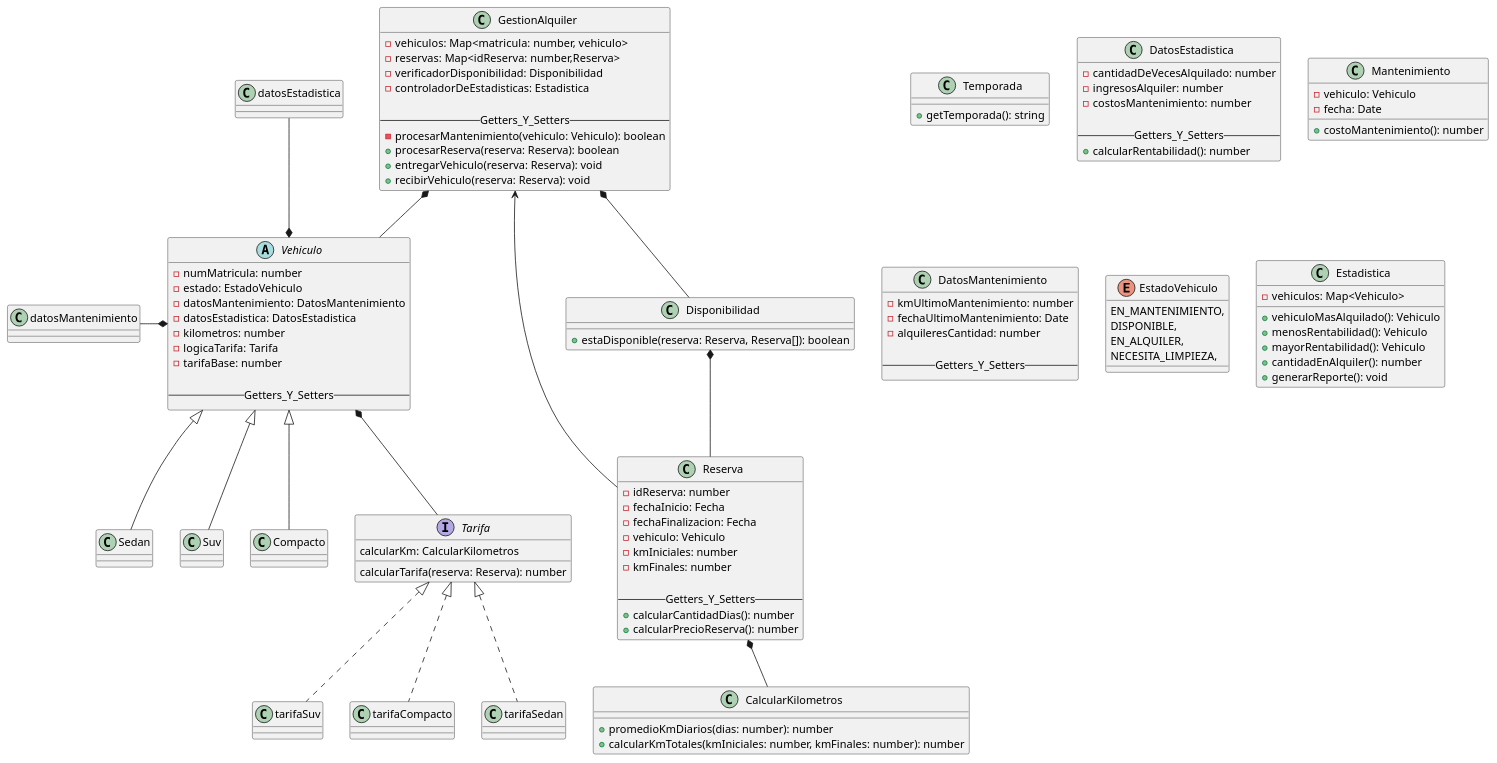
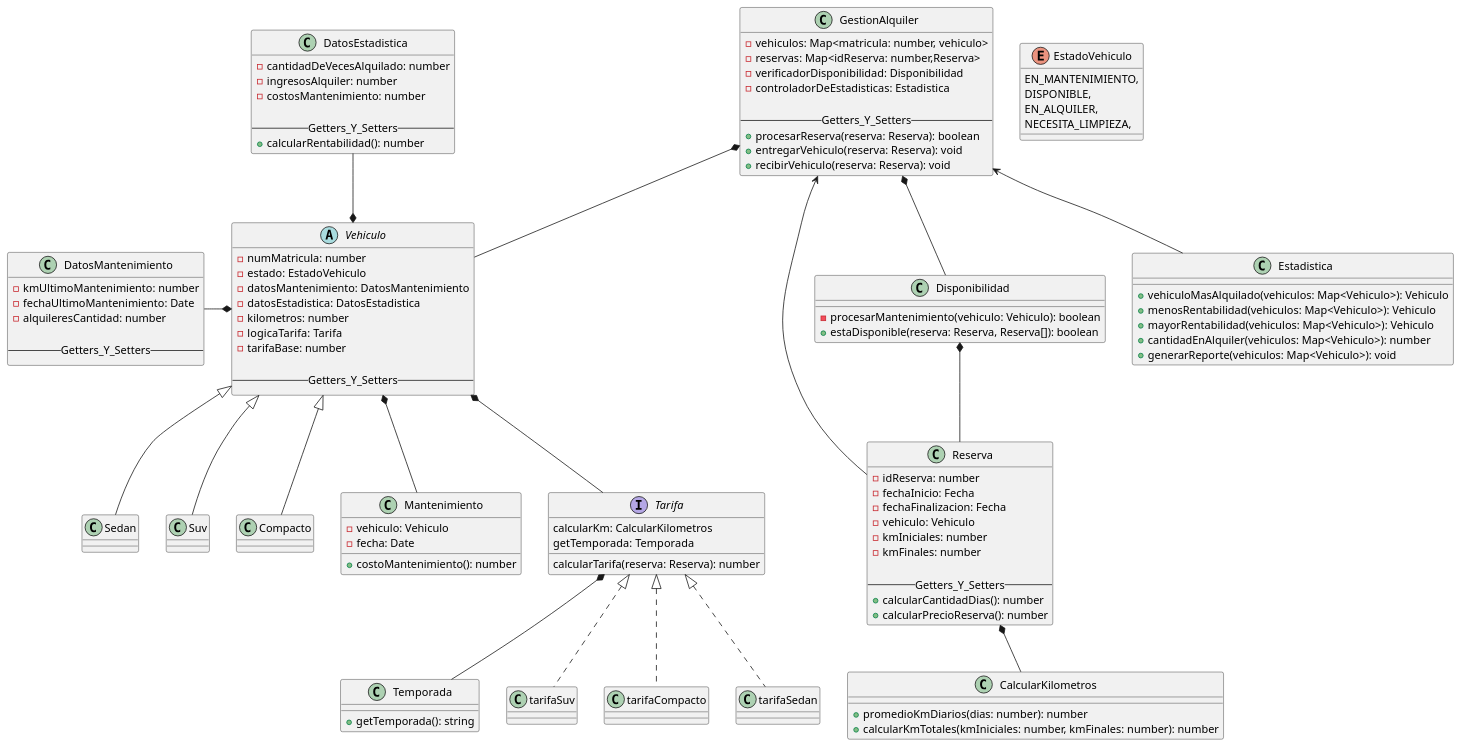
Before and after one commit to Nash-Blip/Programaci-n-II: the diagram in diagrama/DiagramaDeClases_enu2.puml, drawn with PlantUML.

```diff
--- a/diagrama/DiagramaDeClases_enu2.puml
+++ b/diagrama/DiagramaDeClases_enu2.puml
@@ -1,120 +1,123 @@
 @startuml name prototipoTP
 
 abstract class Vehiculo{
     - numMatricula: number
     - estado: EstadoVehiculo
     - datosMantenimiento: DatosMantenimiento
     - datosEstadistica: DatosEstadistica
     - kilometros: number
     - logicaTarifa: Tarifa
     - tarifaBase: number
 
     --Getters_Y_Setters--
 }
 
 class Sedan extends Vehiculo{}
 class Suv extends Vehiculo{}
 class Compacto extends Vehiculo{}
 
 class Temporada{
     +getTemporada(): string
 }
 
 class DatosEstadistica{
     -cantidadDeVecesAlquilado: number
     -ingresosAlquiler: number
     -costosMantenimiento: number
 
     --Getters_Y_Setters--
     +calcularRentabilidad(): number
 }
 
 class Mantenimiento{
     -vehiculo: Vehiculo
     -fecha: Date
 
     +costoMantenimiento(): number
 }
 
 class DatosMantenimiento{
     -kmUltimoMantenimiento: number
     -fechaUltimoMantenimiento: Date 
     -alquileresCantidad: number
 
     --Getters_Y_Setters--
 }
 
 interface Tarifa{
     calcularKm: CalcularKilometros
     calcularTarifa(reserva: Reserva): number
+    getTemporada: Temporada
 }
 
 class tarifaSuv implements Tarifa{}
 
 class tarifaCompacto implements Tarifa{}
 
 class tarifaSedan implements Tarifa{}
 
 class Reserva{
     -idReserva: number
     -fechaInicio: Fecha
     -fechaFinalizacion: Fecha
     -vehiculo: Vehiculo
     -kmIniciales: number
     -kmFinales: number
 
     --Getters_Y_Setters--
     +calcularCantidadDias(): number
     +calcularPrecioReserva(): number
 }
 
 class CalcularKilometros{
     +promedioKmDiarios(dias: number): number
     +calcularKmTotales(kmIniciales: number, kmFinales: number): number
 }
 
 enum EstadoVehiculo{
     EN_MANTENIMIENTO,
     DISPONIBLE,
     EN_ALQUILER,
     NECESITA_LIMPIEZA,
 }
 
 class GestionAlquiler{
     -vehiculos: Map<matricula: number, vehiculo>
     -reservas: Map<idReserva: number,Reserva>
     -verificadorDisponibilidad: Disponibilidad
     -controladorDeEstadisticas: Estadistica
 
     --Getters_Y_Setters--
-    -procesarMantenimiento(vehiculo: Vehiculo): boolean
     +procesarReserva(reserva: Reserva): boolean
     +entregarVehiculo(reserva: Reserva): void
     +recibirVehiculo(reserva: Reserva): void
 }
 
 class Disponibilidad{
+    -procesarMantenimiento(vehiculo: Vehiculo): boolean
     +estaDisponible(reserva: Reserva, Reserva[]): boolean
 }
 
 class Estadistica{
-    -vehiculos: Map<Vehiculo>
-    + vehiculoMasAlquilado(): Vehiculo
-    + menosRentabilidad(): Vehiculo
-    + mayorRentabilidad(): Vehiculo
-    + cantidadEnAlquiler(): number
-    + generarReporte(): void
+    + vehiculoMasAlquilado(vehiculos: Map<Vehiculo>): Vehiculo
+    + menosRentabilidad(vehiculos: Map<Vehiculo>): Vehiculo
+    + mayorRentabilidad(vehiculos: Map<Vehiculo>): Vehiculo
+    + cantidadEnAlquiler(vehiculos: Map<Vehiculo>): number
+    + generarReporte(vehiculos: Map<Vehiculo>): void
 }
 
 
 ' Relaciones
 Vehiculo *-- Tarifa
 GestionAlquiler *-- Vehiculo
 Disponibilidad *-- Reserva
 Reserva *-- CalcularKilometros
 GestionAlquiler *-- Disponibilidad
 GestionAlquiler <-- Reserva
-Vehiculo *-u- datosEstadistica
-Vehiculo *-l- datosMantenimiento
+Vehiculo *-u- DatosEstadistica
+Vehiculo *-l- DatosMantenimiento
+GestionAlquiler <-- Estadistica
+Tarifa *-- Temporada
+Vehiculo *-- Mantenimiento
 
 @enduml
```
